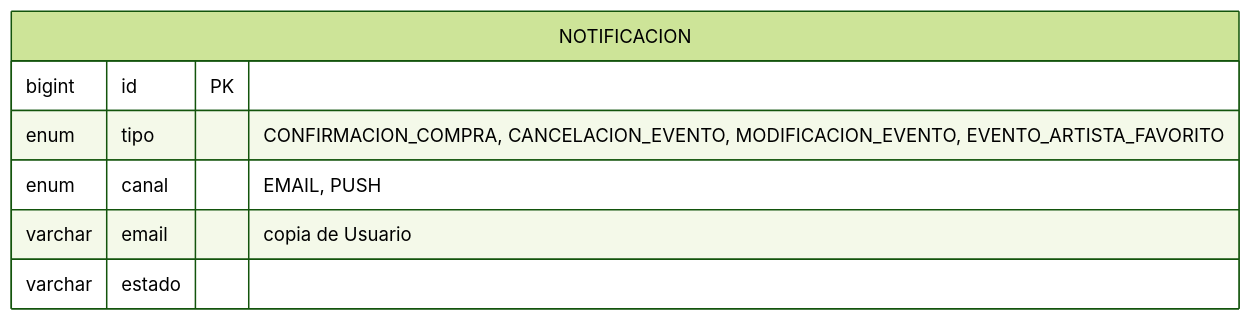
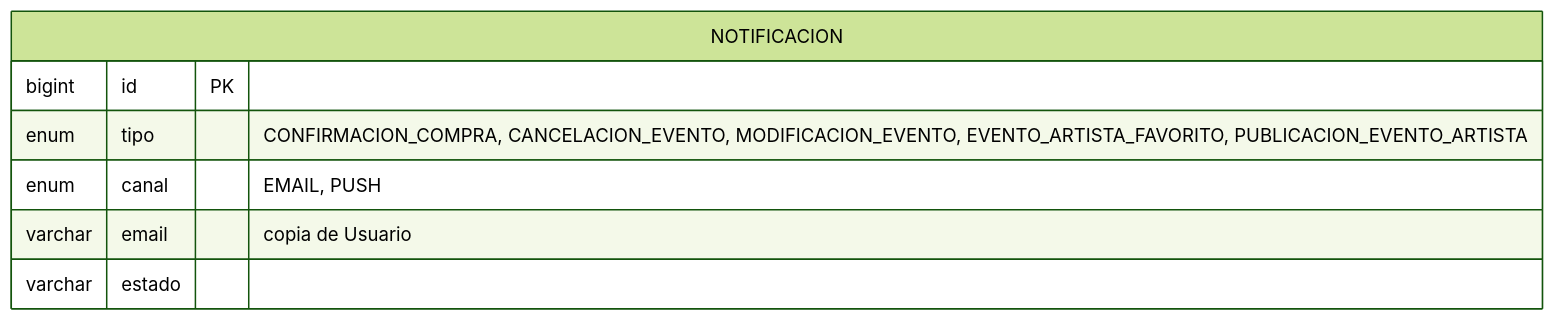
One commit to gonsalomon/TPs-Arquitecturas-Web changed the ninth of 10 diagrams in SistemaTicketYa/docs/diagramas.md. Above: the diagram before and after it, drawn with Mermaid (forest theme). The commit also changed other lines of this file and 41 other files, not shown here.

````diff
--- a/SistemaTicketYa/docs/diagramas.md
+++ b/SistemaTicketYa/docs/diagramas.md
@@ -255,10 +316,10 @@
 ```mermaid
 erDiagram
     NOTIFICACION {
         bigint id PK
-        enum tipo "CONFIRMACION_COMPRA, CANCELACION_EVENTO, MODIFICACION_EVENTO, EVENTO_ARTISTA_FAVORITO"
+        enum tipo "CONFIRMACION_COMPRA, CANCELACION_EVENTO, MODIFICACION_EVENTO, EVENTO_ARTISTA_FAVORITO, PUBLICACION_EVENTO_ARTISTA"
         enum canal "EMAIL, PUSH"
         varchar email "copia de Usuario"
         varchar estado
     }
 ```
````
